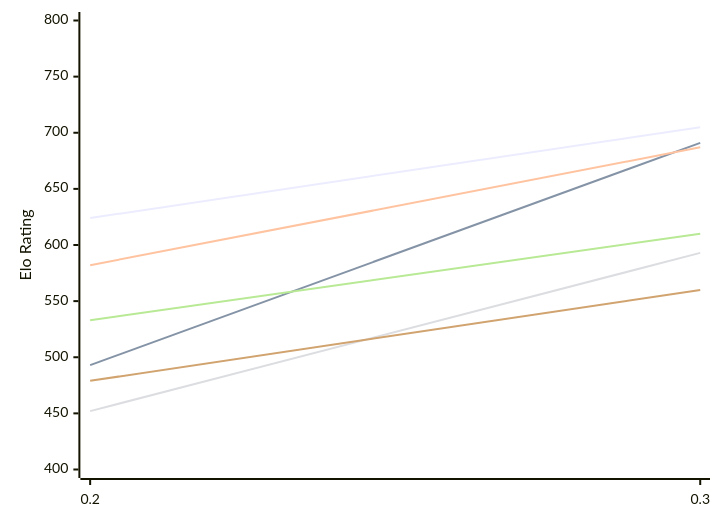
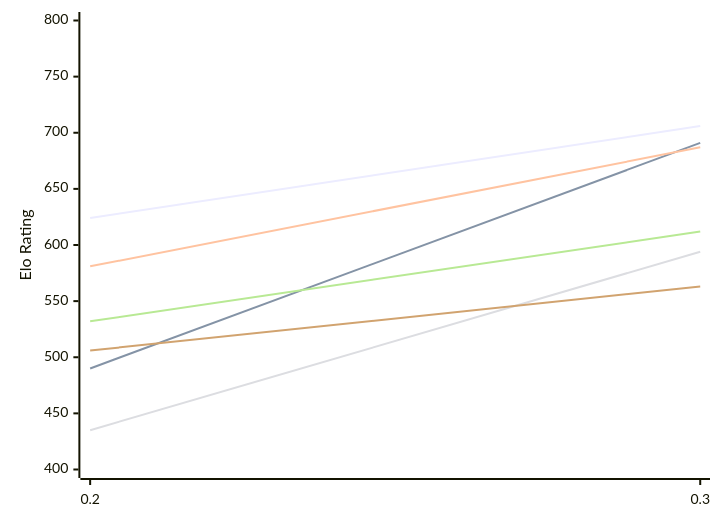
Before and after one commit to computer-chess-index/cci: the first of 2 diagrams in engines/Magpie.md, drawn with Mermaid. The commit also changed other lines of this file, not shown here.

Commit message:
Update CCI Ratings (ELO VLTC) - 2026-11-14

````diff
--- a/engines/Magpie.md
+++ b/engines/Magpie.md
@@ -50,12 +50,12 @@
 ```mermaid
 %%{init: {"theme":"base","themeVariables":{"seriesColors:['#a3a3a3','#222221','#faa371']}}}%%
 xychart-beta
   x-axis ["0.2", "0.3"]
   y-axis "Elo Rating" 400 --> 800
-  line "E1: STC (8.0+0.08s)" [624, 705]
-  line "E1: LTC (60.0+0.60s)" [493, 691]
-  line "E1: VLTC (2m24s+1.12s)" [582, 687]
-  line "P1: STC (8.0+0.08s)" [452, 593]
-  line "P1: LTC (60.0+0.60s)" [533, 610]
-  line "P1: VLTC (2m24s+1.12s)" [479, 560]
+  line "E1: STC (8.0+0.08s)" [624, 706]
+  line "E1: LTC (60.0+0.60s)" [490, 691]
+  line "E1: VLTC (2m24s+1.12s)" [581, 687]
+  line "P1: STC (8.0+0.08s)" [435, 594]
+  line "P1: LTC (60.0+0.60s)" [532, 612]
+  line "P1: VLTC (2m24s+1.12s)" [506, 563]
 ```
````
